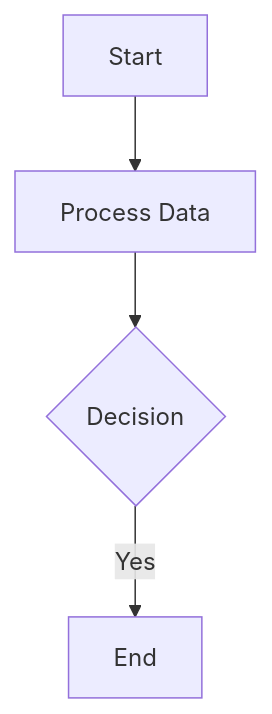
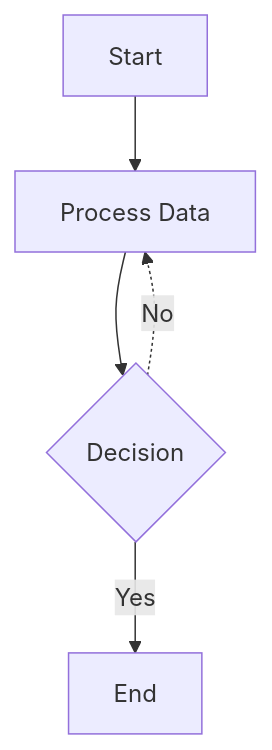
Before and after one commit to KeyFicller/Periscope: the first of 7 diagrams in README.md, drawn with Mermaid. The commit also changed other lines of this file and 3 other files, not shown here.

````diff
--- a/README.md
+++ b/README.md
@@ -57,11 +58,12 @@
 ```mermaid
 flowchart TD
 
 0@{ shape: rect, label: Start }
 1@{ shape: rect, label: Process Data }
 2@{ shape: diamond, label: Decision }
 3@{ shape: rect, label: End }
 0 --> 1
 1 --> 2
 2 --"Yes"--> 3
+2 -."No".-> 1
 ```
````
